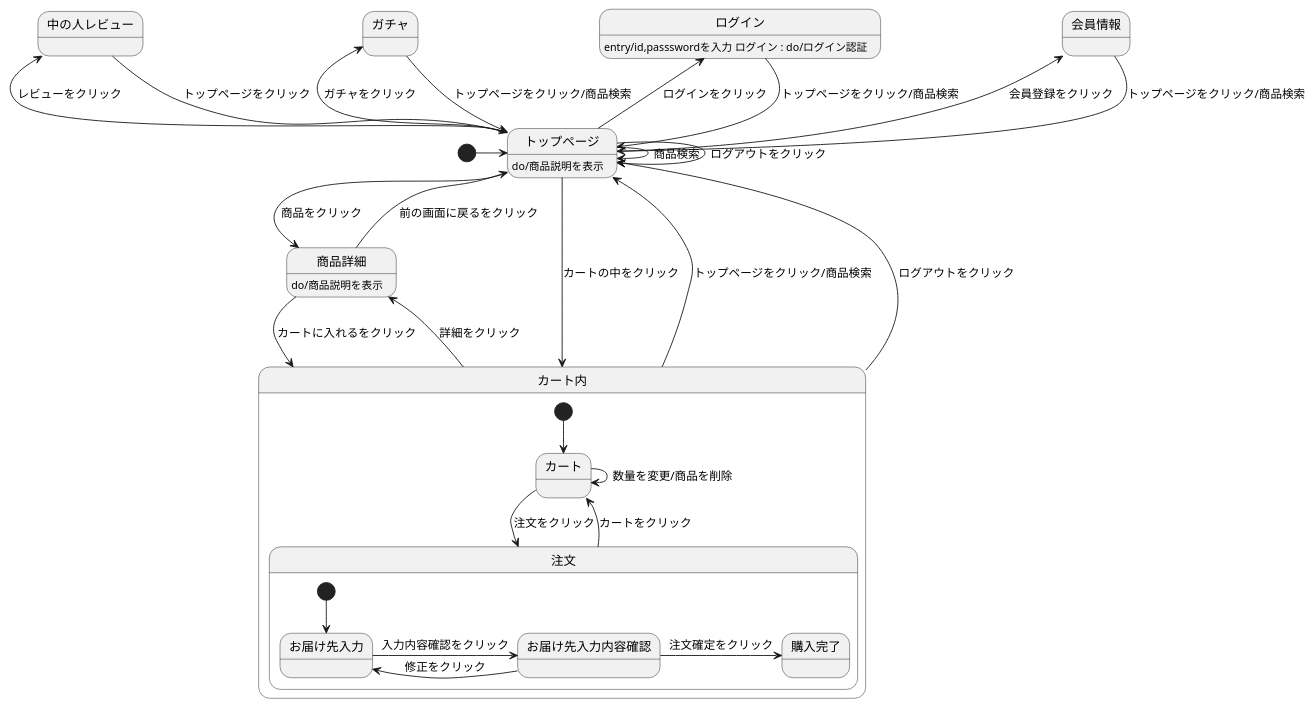
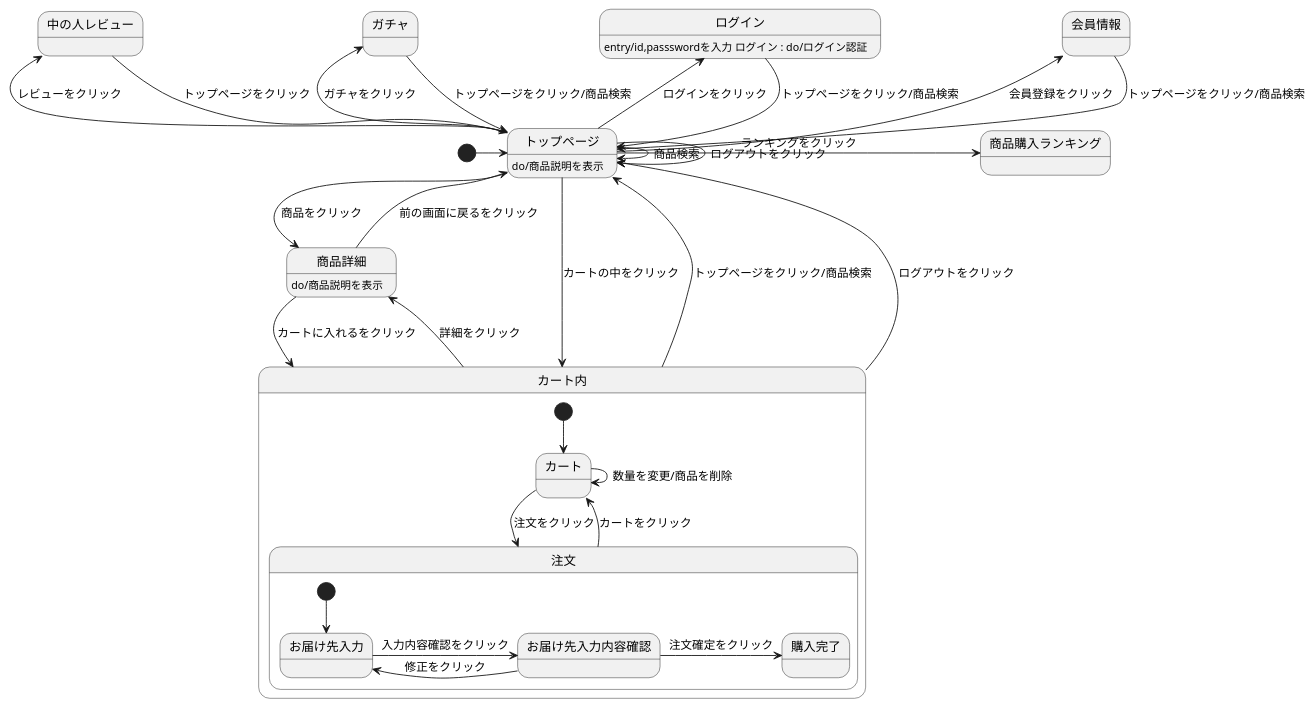
One commit to Aso2001220/2021sys-design changed the diagram in 4_01.md. Above: the diagram before and after it, drawn with PlantUML.

````diff
--- a/4_01.md
+++ b/4_01.md
@@ -1,38 +1,39 @@
 ```uml
 @startuml
 
 [*] -> トップページ
 会員情報 --> トップページ : トップページをクリック/商品検索
 ログイン --> トップページ : トップページをクリック/商品検索
 ログイン : entry/id,passswordを入力 ログイン : do/ログイン認証
 トップページ --> トップページ : ログアウトをクリック
 トップページ -> トップページ : 商品検索
 トップページ -> 商品詳細 : 商品をクリック
 トップページ -left-> 会員情報 : 会員登録をクリック
 トップページ -left-> ログイン : ログインをクリック
 トップページ -left-> ガチャ : ガチャをクリック
 トップページ -left-> 中の人レビュー : レビューをクリック
+トップページ -> 商品購入ランキング : ランキングをクリック
 トップページ --> カート内 : カートの中をクリック
 トップページ : do/商品説明を表示
 商品詳細 --> カート内 : カートに入れるをクリック
 商品詳細 --> トップページ : 前の画面に戻るをクリック
 商品詳細 : do/商品説明を表示
 カート内 -up-> トップページ : トップページをクリック/商品検索
 カート内 -up-> トップページ : ログアウトをクリック
 カート内 -> 商品詳細 : 詳細をクリック
 ガチャ --> トップページ : トップページをクリック/商品検索
 中の人レビュー --> トップページ : トップページをクリック
 state カート内{
 [*] --> カート 
 カート -> 注文 : 注文をクリック
 カート -> カート : 数量を変更/商品を削除
 注文 --> カート : カートをクリック
 state 注文{ 
 [*] --> お届け先入力
 お届け先入力 -> お届け先入力内容確認 : 入力内容確認をクリック
 お届け先入力内容確認 -> お届け先入力 : 修正をクリック
 お届け先入力内容確認 -> 購入完了 : 注文確定をクリック
 } 
 }
 @enduml
 ```
````
